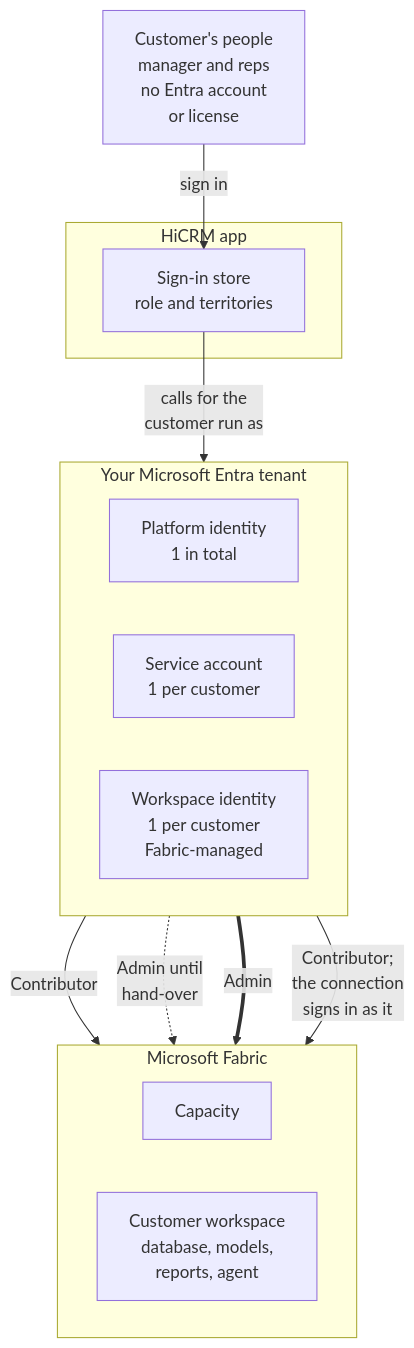
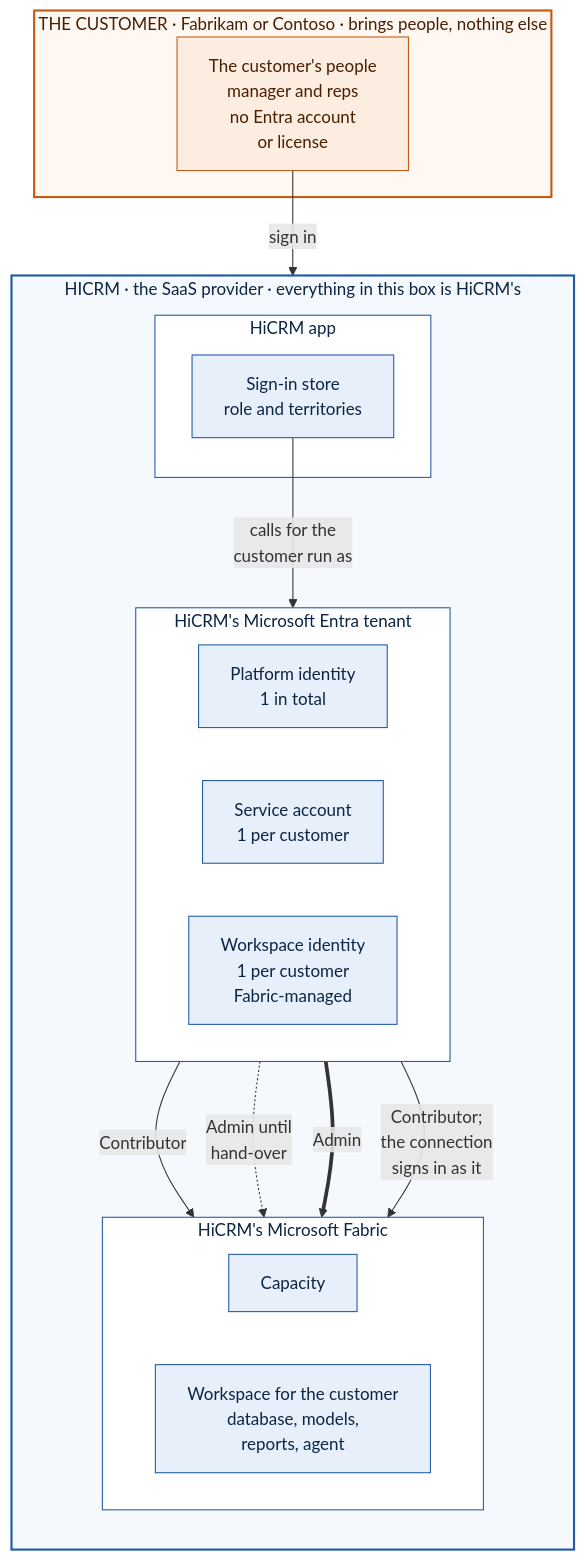
The diagram in saas-platform/BUILDOUT.md (apkola29/fabric), drawn with Mermaid before and after one commit. The commit also changed other lines of this file and 9 other files, not shown here.

First line of the commit message:
saas-platform: who owns what, end-to-end flow and the data integration add-on

````diff
--- a/saas-platform/BUILDOUT.md
+++ b/saas-platform/BUILDOUT.md
@@ -30,24 +33,40 @@
 ```mermaid
 flowchart TB
-  PEOPLE["Customer's people<br/>manager and reps<br/>no Entra account<br/>or license"]
-  subgraph APP["HiCRM app"]
-    STORE["Sign-in store<br/>role and territories"]
+  %% Orange: the customer, Fabrikam or Contoso. Blue: HiCRM, the SaaS provider, which owns everything in its box.
+  subgraph CUST["THE CUSTOMER · Fabrikam or Contoso · brings people, nothing else"]
+    PEOPLE["The customer's people<br/>manager and reps<br/>no Entra account<br/>or license"]
   end
-  subgraph ENTRA["Your Microsoft Entra tenant"]
-    direction LR
-    PSP["Platform identity<br/>1 in total"]
-    SA["Service account<br/>1 per customer"]
-    WI["Workspace identity<br/>1 per customer<br/>Fabric-managed"]
-  end
-  subgraph FAB["Microsoft Fabric"]
-    direction LR
-    CAP["Capacity"]
-    WS["Customer workspace<br/>database, models,<br/>reports, agent"]
+  subgraph HI["HICRM · the SaaS provider · everything in this box is HiCRM's"]
+    direction TB
+    subgraph APP["HiCRM app"]
+      STORE["Sign-in store<br/>role and territories"]
+    end
+    subgraph ENTRA["HiCRM's Microsoft Entra tenant"]
+      direction LR
+      PSP["Platform identity<br/>1 in total"]
+      SA["Service account<br/>1 per customer"]
+      WI["Workspace identity<br/>1 per customer<br/>Fabric-managed"]
+    end
+    subgraph FABRIC["HiCRM's Microsoft Fabric"]
+      direction LR
+      CAP["Capacity"]
+      WS["Workspace for the customer<br/>database, models,<br/>reports, agent"]
+    end
   end
   PEOPLE -->|"sign in"| STORE
   STORE -->|"calls for the<br/>customer run as"| SA
   PSP -->|"Contributor"| CAP
   PSP -.->|"Admin until<br/>hand-over"| WS
   SA ==>|"Admin"| WS
   WI -->|"Contributor;<br/>the connection<br/>signs in as it"| WS
+
+  classDef customer fill:#FDECE0,stroke:#C55A11,color:#4A1F00
+  classDef hicrm fill:#E7F0FA,stroke:#1F5AA6,color:#0B2545
+  class PEOPLE customer
+  class STORE,PSP,SA,WI,CAP,WS hicrm
+  style CUST fill:#FFF7F1,stroke:#C55A11,stroke-width:2px,color:#4A1F00
+  style HI fill:#F5F9FE,stroke:#1F5AA6,stroke-width:2px,color:#0B2545
+  style APP fill:#FFFFFF,stroke:#1F5AA6,color:#0B2545
+  style ENTRA fill:#FFFFFF,stroke:#1F5AA6,color:#0B2545
+  style FABRIC fill:#FFFFFF,stroke:#1F5AA6,color:#0B2545
 ```
````
